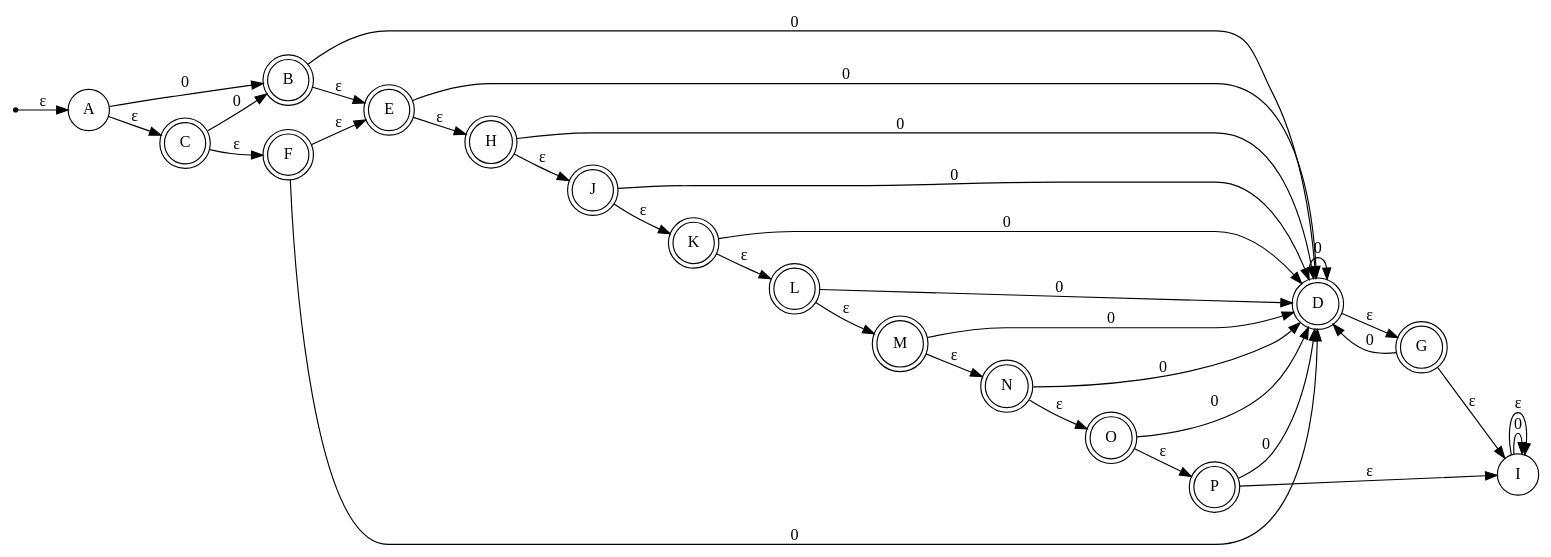
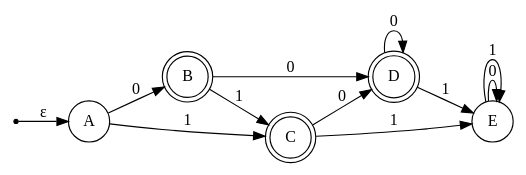
Before and after one commit to DiggsPapu/TeoriaComputacion: the diagram in Graphs/AFD/afd5.dot, drawn with Graphviz. The commit also changed 4 other files, not shown here.

```diff
--- a/Graphs/AFD/afd5.dot
+++ b/Graphs/AFD/afd5.dot
@@ -1,53 +1,20 @@
 digraph AFD{
 node [shape=circle];
 rankdir=LR;
 init [label="", shape=point];
 B[shape=doublecircle] [label="B"];
 C[shape=doublecircle] [label="C"];
 D[shape=doublecircle] [label="D"];
-E[shape=doublecircle] [label="E"];
-F[shape=doublecircle] [label="F"];
-G[shape=doublecircle] [label="G"];
-H[shape=doublecircle] [label="H"];
-I [label="I"];
-J[shape=doublecircle] [label="J"];
-K[shape=doublecircle] [label="K"];
-L[shape=doublecircle] [label="L"];
-M[shape=doublecircle] [label="M"];
-N[shape=doublecircle] [label="N"];
-O[shape=doublecircle] [label="O"];
-P[shape=doublecircle] [label="P"];
+E [label="E"];
 init->A[label="ε"];
 A->B[label="0"];
-A->C[label="ε"];
+A->C[label="1"];
 B->D[label="0"];
-B->E[label="ε"];
-C->B[label="0"];
-C->F[label="ε"];
+B->C[label="1"];
+C->D[label="0"];
+C->E[label="1"];
 D->D[label="0"];
-D->G[label="ε"];
-E->D[label="0"];
-E->H[label="ε"];
-F->D[label="0"];
-F->E[label="ε"];
-G->D[label="0"];
-G->I[label="ε"];
-H->D[label="0"];
-H->J[label="ε"];
-I->I[label="0"];
-I->I[label="ε"];
-J->D[label="0"];
-J->K[label="ε"];
-K->D[label="0"];
-K->L[label="ε"];
-L->D[label="0"];
-L->M[label="ε"];
-M->D[label="0"];
-M->N[label="ε"];
-N->D[label="0"];
-N->O[label="ε"];
-O->D[label="0"];
-O->P[label="ε"];
-P->D[label="0"];
-P->I[label="ε"];
+D->E[label="1"];
+E->E[label="0"];
+E->E[label="1"];
 }
```
